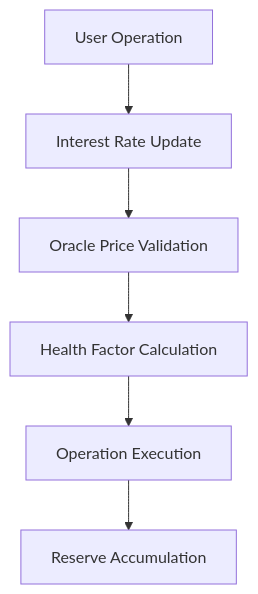
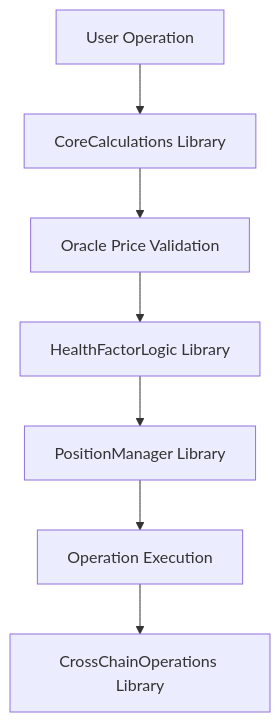
The second of 2 diagrams in lending-zeta/README.md (0xnicholasy/zeta-hackathon), drawn with Mermaid before and after one commit. The commit also changed other lines of this file and 38 other files, not shown here.

````diff
--- a/lending-zeta/README.md
+++ b/lending-zeta/README.md
@@ -228,8 +208,9 @@
 ```mermaid
 graph TD
-    A[User Operation] --> B[Interest Rate Update]
+    A[User Operation] --> B[CoreCalculations Library]
     B --> C[Oracle Price Validation]
-    C --> D[Health Factor Calculation]
-    D --> E[Operation Execution]
-    E --> F[Reserve Accumulation]
+    C --> D[HealthFactorLogic Library]
+    D --> E[PositionManager Library]
+    E --> F[Operation Execution]
+    F --> G[CrossChainOperations Library]
 ```
````
